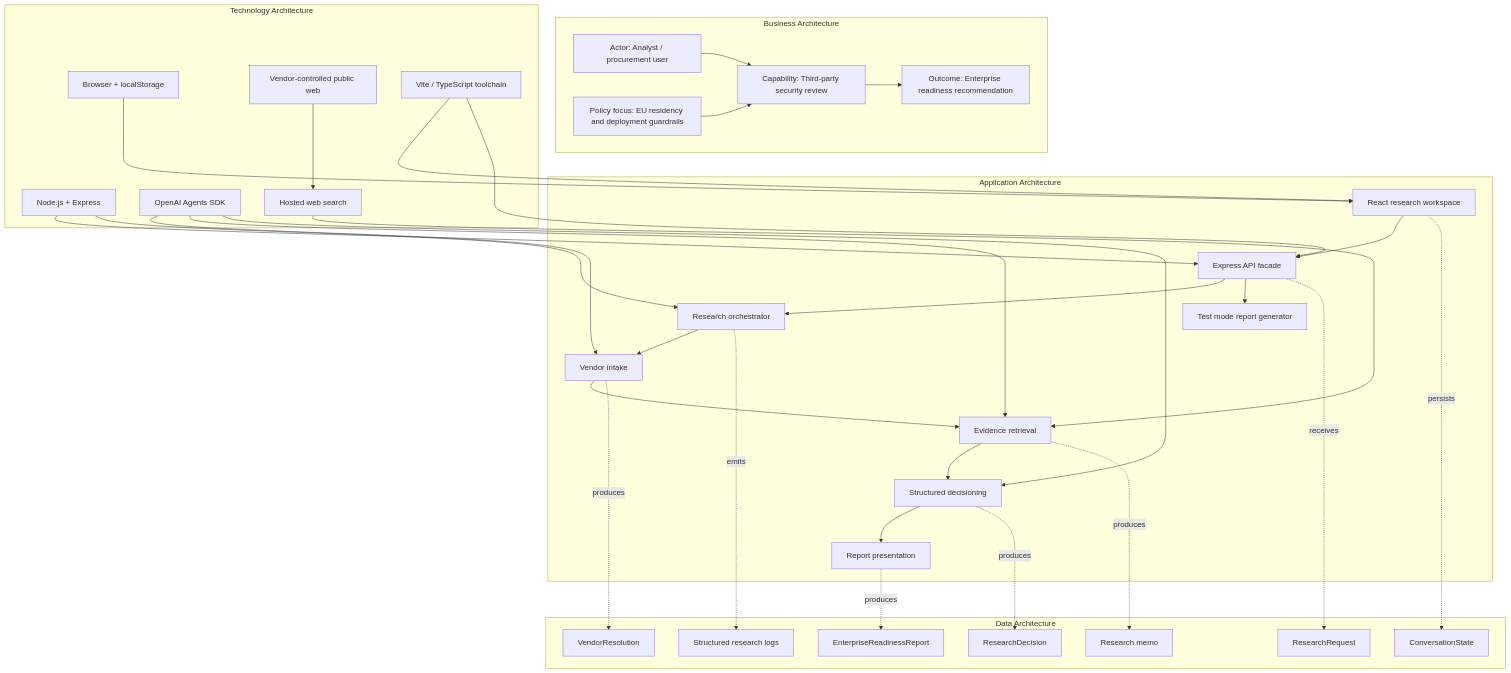
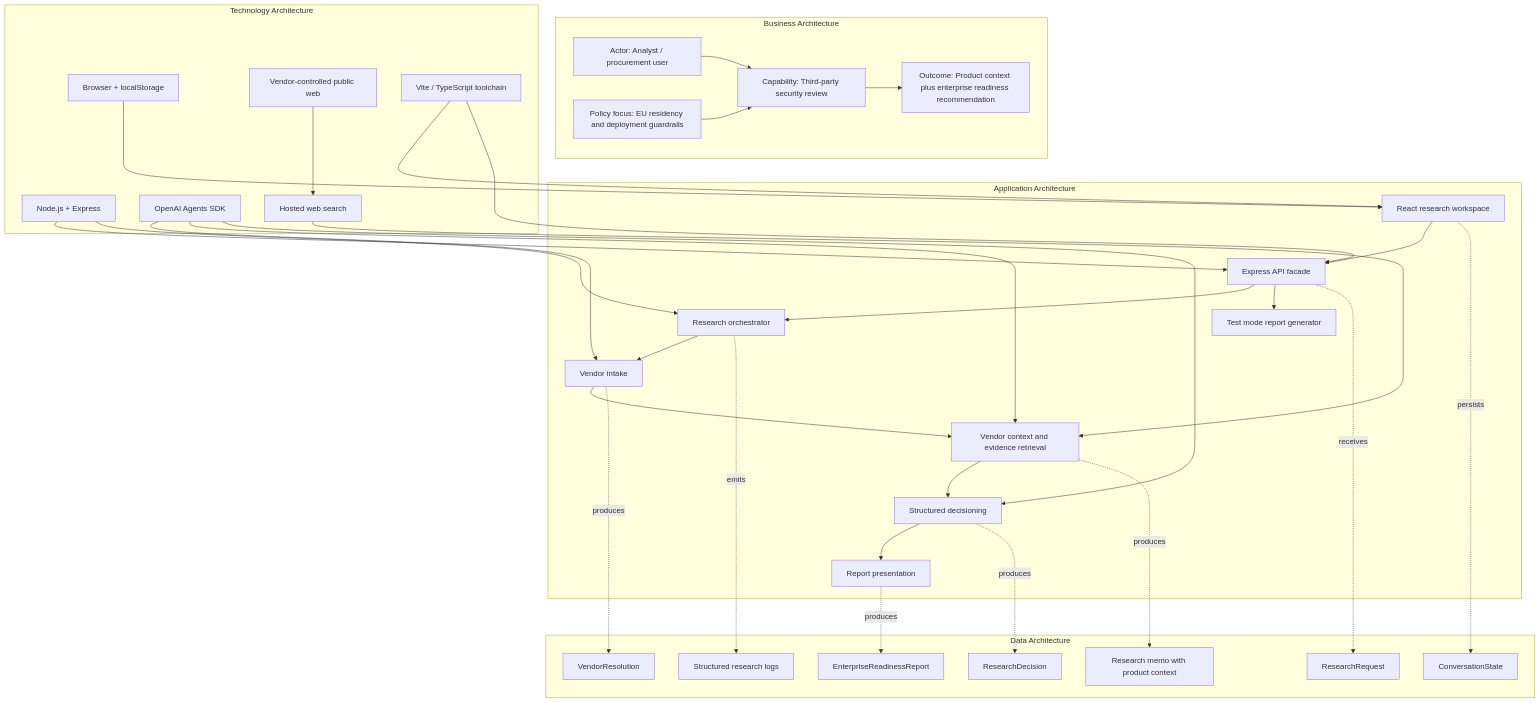
One commit to srinivasrowdur/ArchReviewAgent changed the first of 6 diagrams in architecture.md. Above: the diagram before and after it, drawn with Mermaid. The commit also changed other lines of this file and 9 other files, not shown here.

Commit message:
Preserve product-specific context

````diff
--- a/architecture.md
+++ b/architecture.md
@@ -47,65 +49,65 @@
 ```mermaid
 flowchart TB
   subgraph B["Business Architecture"]
     B1["Capability: Third-party security review"]
-    B2["Outcome: Enterprise readiness recommendation"]
+    B2["Outcome: Product context plus enterprise readiness recommendation"]
     B3["Actor: Analyst / procurement user"]
     B4["Policy focus: EU residency and deployment guardrails"]
   end
 
   subgraph A["Application Architecture"]
     A1["React research workspace"]
     A2["Express API facade"]
     A3["Research orchestrator"]
     A4["Vendor intake"]
-    A5["Evidence retrieval"]
+    A5["Vendor context and evidence retrieval"]
     A6["Structured decisioning"]
     A7["Report presentation"]
     A8["Test mode report generator"]
   end
 
   subgraph D["Data Architecture"]
     D1["ResearchRequest"]
     D2["VendorResolution"]
-    D3["Research memo"]
+    D3["Research memo with product context"]
     D4["ResearchDecision"]
     D5["EnterpriseReadinessReport"]
     D6["ConversationState"]
     D7["Structured research logs"]
   end
 
   subgraph T["Technology Architecture"]
     T1["Browser + localStorage"]
     T2["Node.js + Express"]
     T3["OpenAI Agents SDK"]
     T4["Hosted web search"]
     T5["Vendor-controlled public web"]
     T6["Vite / TypeScript toolchain"]
   end
 
   B3 --> B1 --> B2
   B4 --> B1
 
   A1 --> A2 --> A3
   A3 --> A4 --> A5 --> A6 --> A7
   A2 --> A8
 
   A2 -. receives .-> D1
   A4 -. produces .-> D2
   A5 -. produces .-> D3
   A6 -. produces .-> D4
   A7 -. produces .-> D5
   A1 -. persists .-> D6
   A3 -. emits .-> D7
 
   T1 --> A1
   T2 --> A2
   T2 --> A3
   T3 --> A4
   T3 --> A5
   T3 --> A6
   T4 --> A5
   T5 --> T4
   T6 --> A1
   T6 --> A2
 ```
````
